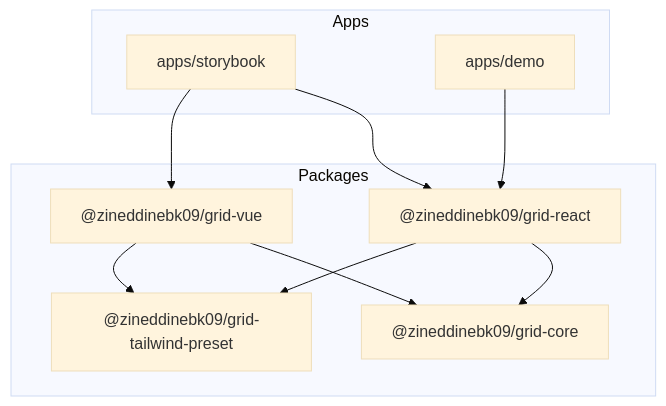
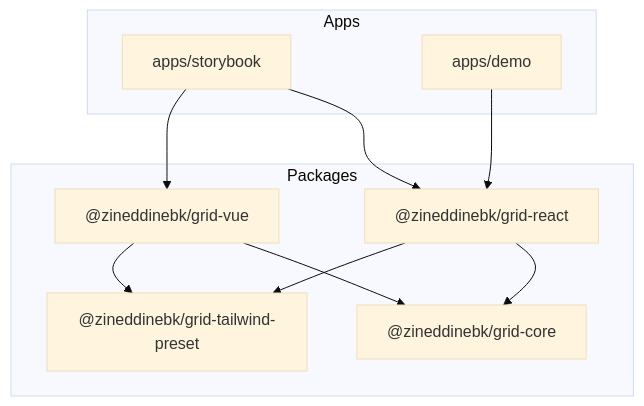
The diagram in README.md (ZineddineBk09/Open-Source-Data-Grid-Design-System), drawn with Mermaid (base theme) before and after one commit. The commit also changed other lines of this file and 36 other files, not shown here.

````diff
--- a/README.md
+++ b/README.md
@@ -50,22 +50,22 @@
 ```mermaid
 flowchart TB
   subgraph apps [Apps]
     Storybook[apps/storybook]
     Demo[apps/demo]
   end
 
   subgraph packages [Packages]
-    Core["@zineddinebk09/grid-core"]
-    ReactPkg["@zineddinebk09/grid-react"]
-    VuePkg["@zineddinebk09/grid-vue"]
-    Tailwind["@zineddinebk09/grid-tailwind-preset"]
+    Core["@zineddinebk/grid-core"]
+    ReactPkg["@zineddinebk/grid-react"]
+    VuePkg["@zineddinebk/grid-vue"]
+    Tailwind["@zineddinebk/grid-tailwind-preset"]
   end
 
   Storybook --> ReactPkg
   Storybook --> VuePkg
   Demo --> ReactPkg
   ReactPkg --> Core
   VuePkg --> Core
   ReactPkg --> Tailwind
   VuePkg --> Tailwind
 ```
````
